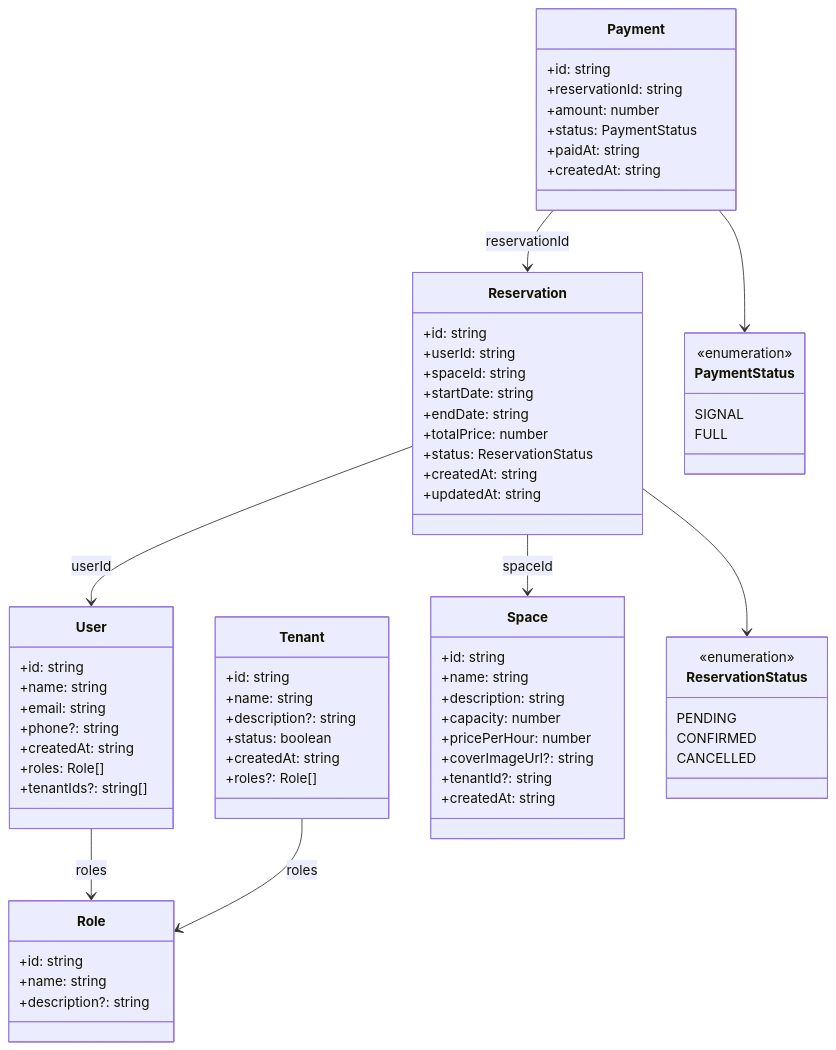
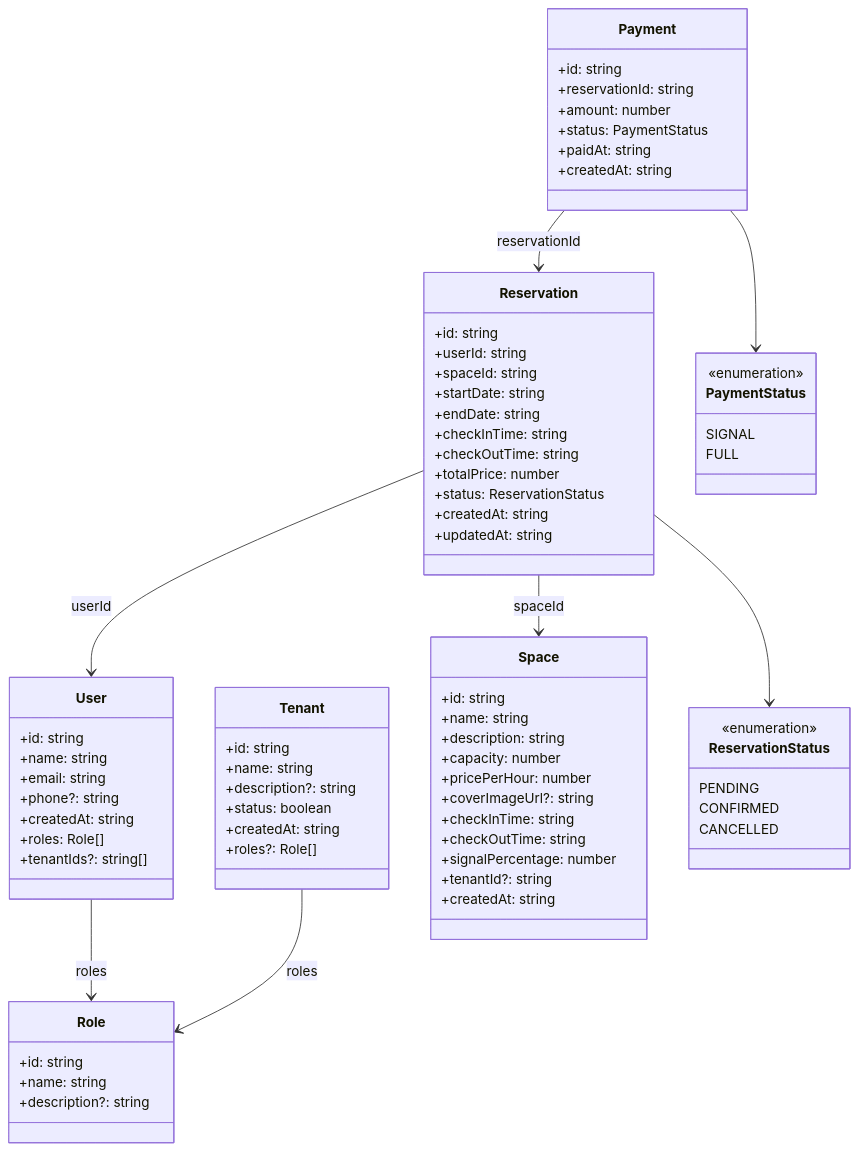
Before and after one commit to Ribapax/desSoft2502: the diagram in uml/diagrama-classes.mmd, drawn with Mermaid.

Commit message:
feat: add check-in and check-out times to Space and Reservation classes

```diff
--- a/uml/diagrama-classes.mmd
+++ b/uml/diagrama-classes.mmd
@@ -1,78 +1,83 @@
 classDiagram
     class Tenant {
         +id: string
         +name: string
         +description?: string
         +status: boolean
         +createdAt: string
         +roles?: Role[]
     }
 
     class Role {
         +id: string
         +name: string
         +description?: string
     }
 
     class User {
         +id: string
         +name: string
         +email: string
         +phone?: string
         +createdAt: string
         +roles: Role[]
         +tenantIds?: string[]
     }
 
     class Space {
         +id: string
         +name: string
         +description: string
         +capacity: number
         +pricePerHour: number
         +coverImageUrl?: string
+        +checkInTime: string
+        +checkOutTime: string
+        +signalPercentage: number
         +tenantId?: string
         +createdAt: string
     }
 
     class Reservation {
         +id: string
         +userId: string
         +spaceId: string
         +startDate: string
         +endDate: string
+        +checkInTime: string
+        +checkOutTime: string
         +totalPrice: number
         +status: ReservationStatus
         +createdAt: string
         +updatedAt: string
     }
 
     class Payment {
         +id: string
         +reservationId: string
         +amount: number
         +status: PaymentStatus
         +paidAt: string
         +createdAt: string
     }
 
     class ReservationStatus {
         <<enumeration>>
         PENDING
         CONFIRMED
         CANCELLED
     }
 
     class PaymentStatus {
         <<enumeration>>
         SIGNAL
         FULL
     }
 
     Reservation --> User : userId
     Reservation --> Space : spaceId
     Payment --> Reservation : reservationId
     Reservation --> ReservationStatus
     Payment --> PaymentStatus
     User --> Role : roles
     Tenant --> Role : roles
```
